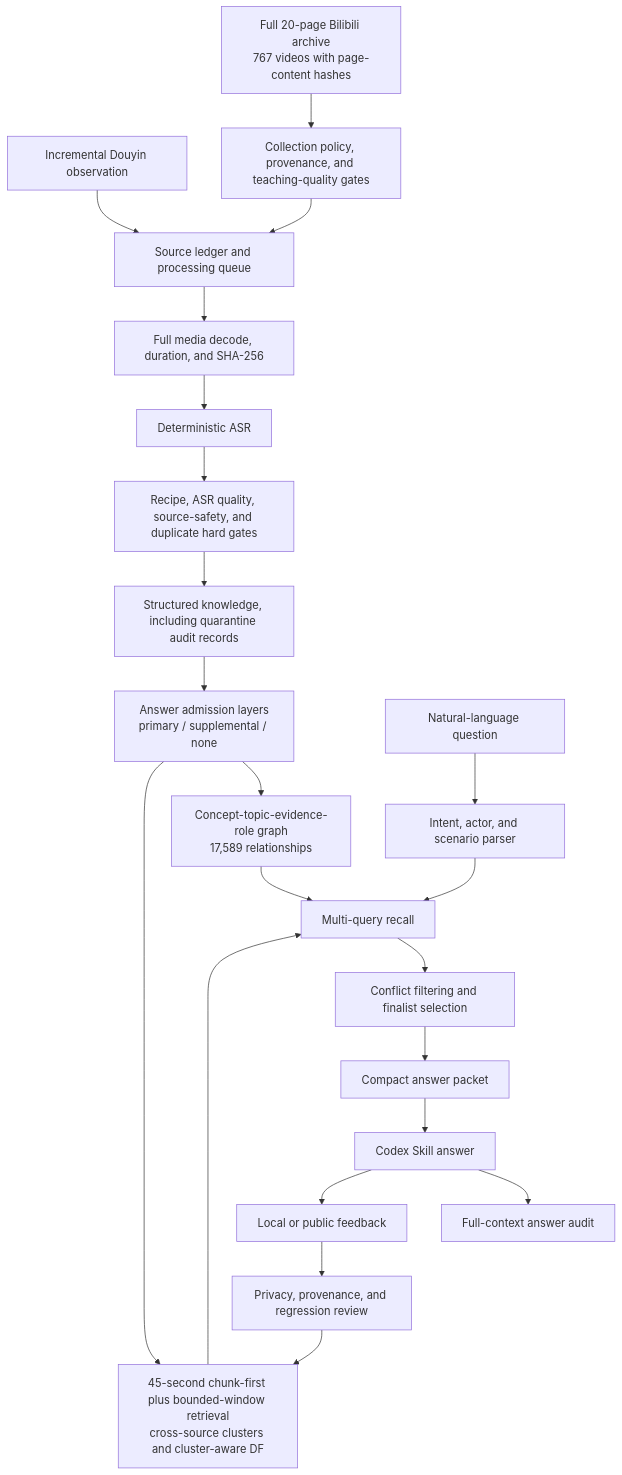
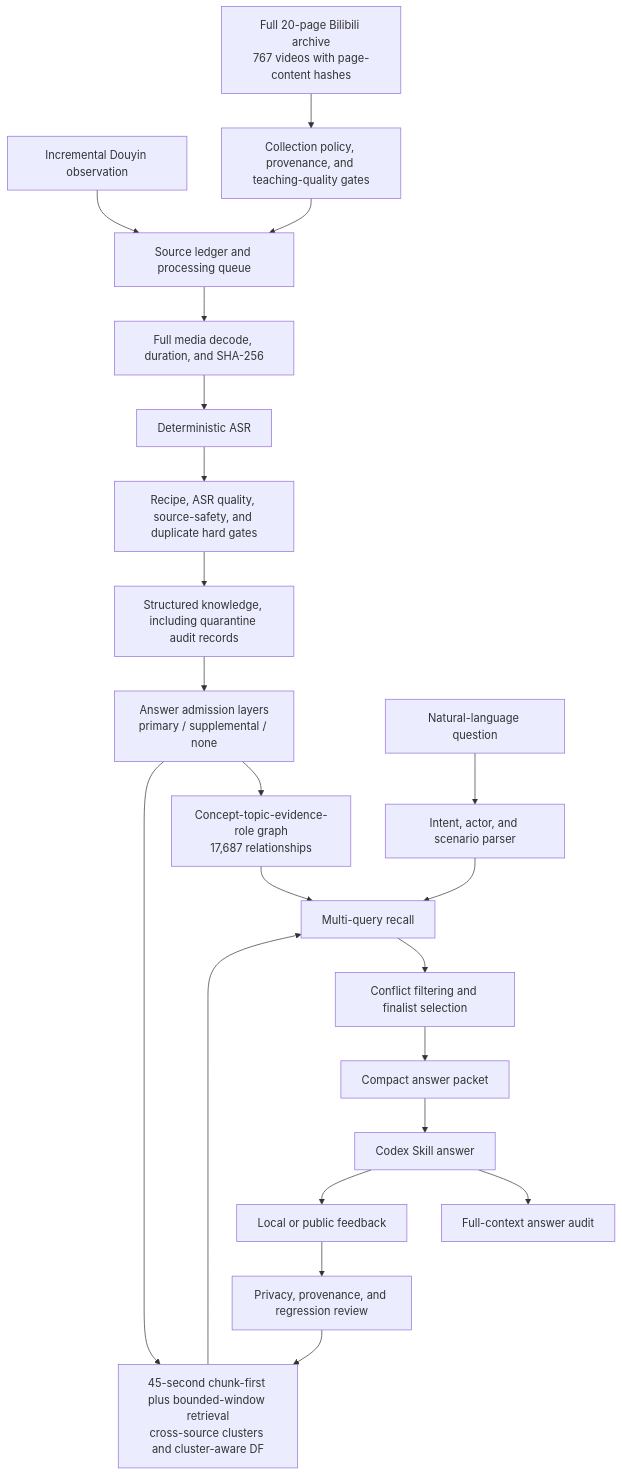
Before and after one commit to MuyuanGuo/badminton-skills-coach: the diagram in README.en.md, drawn with Mermaid. The commit also changed other lines of this file and 49 other files, not shown here.

````diff
--- a/README.en.md
+++ b/README.en.md
@@ -87,24 +87,24 @@
 ```mermaid
 flowchart TD
     A1["Incremental Douyin observation"] --> B["Source ledger and processing queue"]
     A2["Full 20-page Bilibili archive<br/>767 videos with page-content hashes"] --> O["Collection policy, provenance, and teaching-quality gates"]
     O --> B
     B --> C["Full media decode, duration, and SHA-256"]
     C --> D["Deterministic ASR"]
     D --> P["Recipe, ASR quality, source-safety, and duplicate hard gates"]
     P --> E["Structured knowledge, including quarantine audit records"]
     E --> A["Answer admission layers<br/>primary / supplemental / none"]
-    A --> KG["Concept-topic-evidence-role graph<br/>17,589 relationships"]
+    A --> KG["Concept-topic-evidence-role graph<br/>17,687 relationships"]
     A --> F["45-second chunk-first plus bounded-window retrieval<br/>cross-source clusters and cluster-aware DF"]
     Q["Natural-language question"] --> G["Intent, actor, and scenario parser"]
     G --> H["Multi-query recall"]
     F --> H
     KG --> H
     H --> I["Conflict filtering and finalist selection"]
     I --> J["Compact answer packet"]
     J --> K["Codex Skill answer"]
     K --> L["Full-context answer audit"]
     K --> M["Local or public feedback"]
     M --> N["Privacy, provenance, and regression review"]
     N --> F
 ```
````
